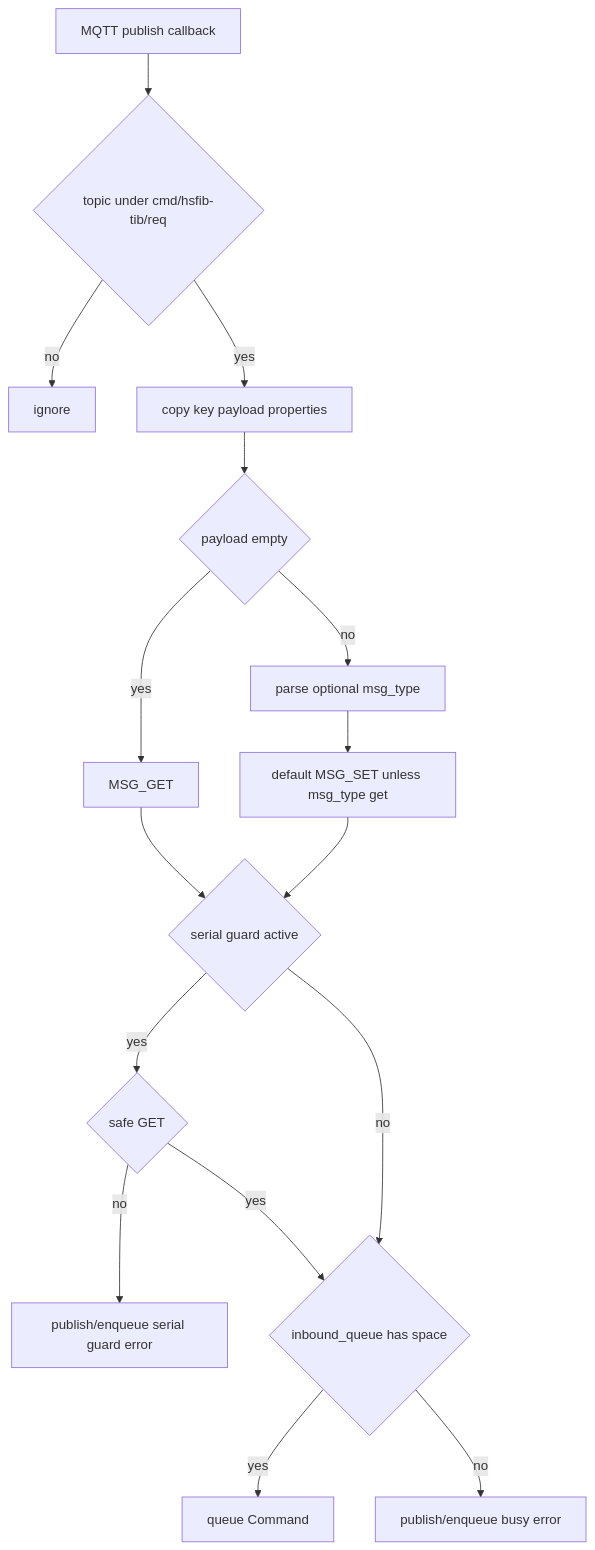
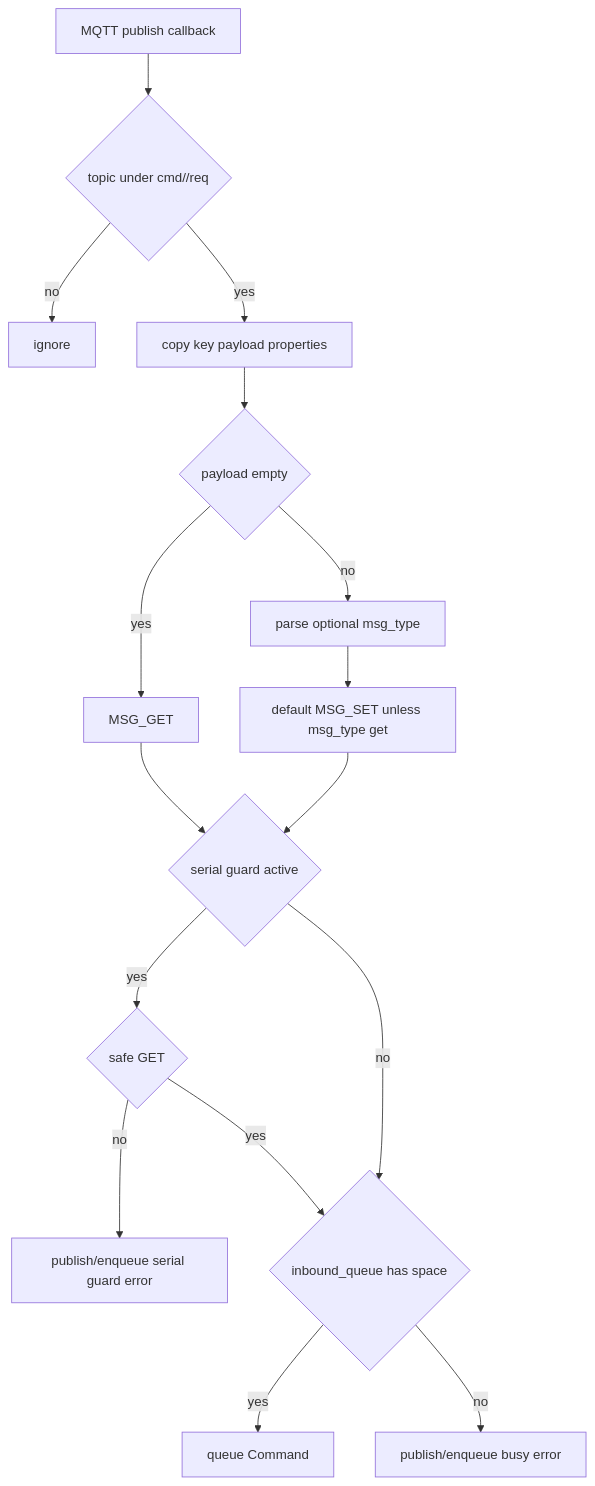
The fourth of 17 diagrams in doc/diagrams.md (COO-Utilities/hispec-tib), drawn with Mermaid before and after one commit. The commit also changed other lines of this file and 12 other files, not shown here.

Commit message:
mqtt: select topic identity from board strap

````diff
--- a/doc/diagrams.md
+++ b/doc/diagrams.md
@@ -77,18 +77,18 @@
 ```mermaid
 flowchart TD
-  Pub[MQTT publish callback] --> Prefix{topic under cmd/hsfib-tib/req}
+  Pub[MQTT publish callback] --> Prefix{topic under cmd/<device>/req}
   Prefix -- no --> Drop[ignore]
   Prefix -- yes --> Copy[copy key payload properties]
   Copy --> Type{payload empty}
   Type -- yes --> Get[MSG_GET]
   Type -- no --> Parse[parse optional msg_type]
   Parse --> SetOrGet[default MSG_SET unless msg_type get]
   Get --> Guard{serial guard active}
   SetOrGet --> Guard
   Guard -- yes --> GetAllowed{safe GET}
   GetAllowed -- no --> Reject[publish/enqueue serial guard error]
   GetAllowed -- yes --> Enq{inbound_queue has space}
   Guard -- no --> Enq
   Enq -- yes --> Queue[queue Command]
   Enq -- no --> Busy[publish/enqueue busy error]
 ```
````
